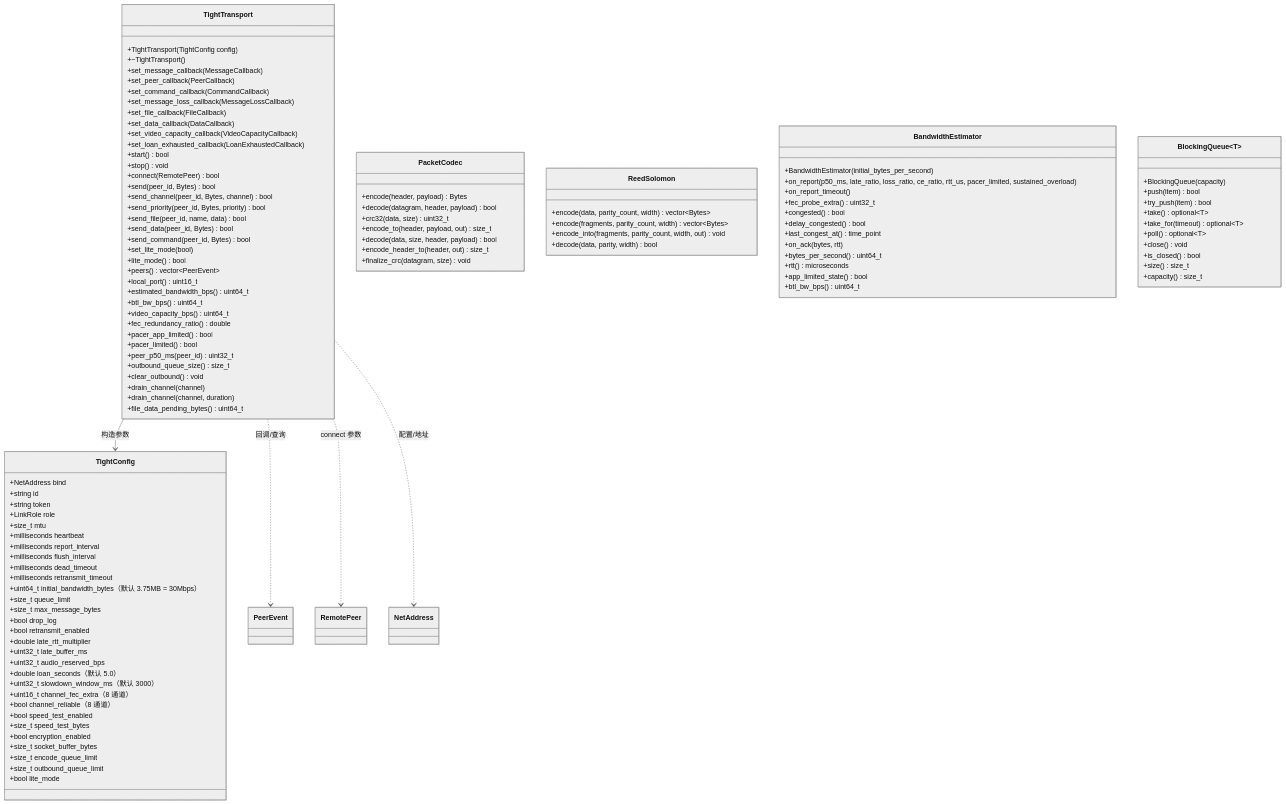
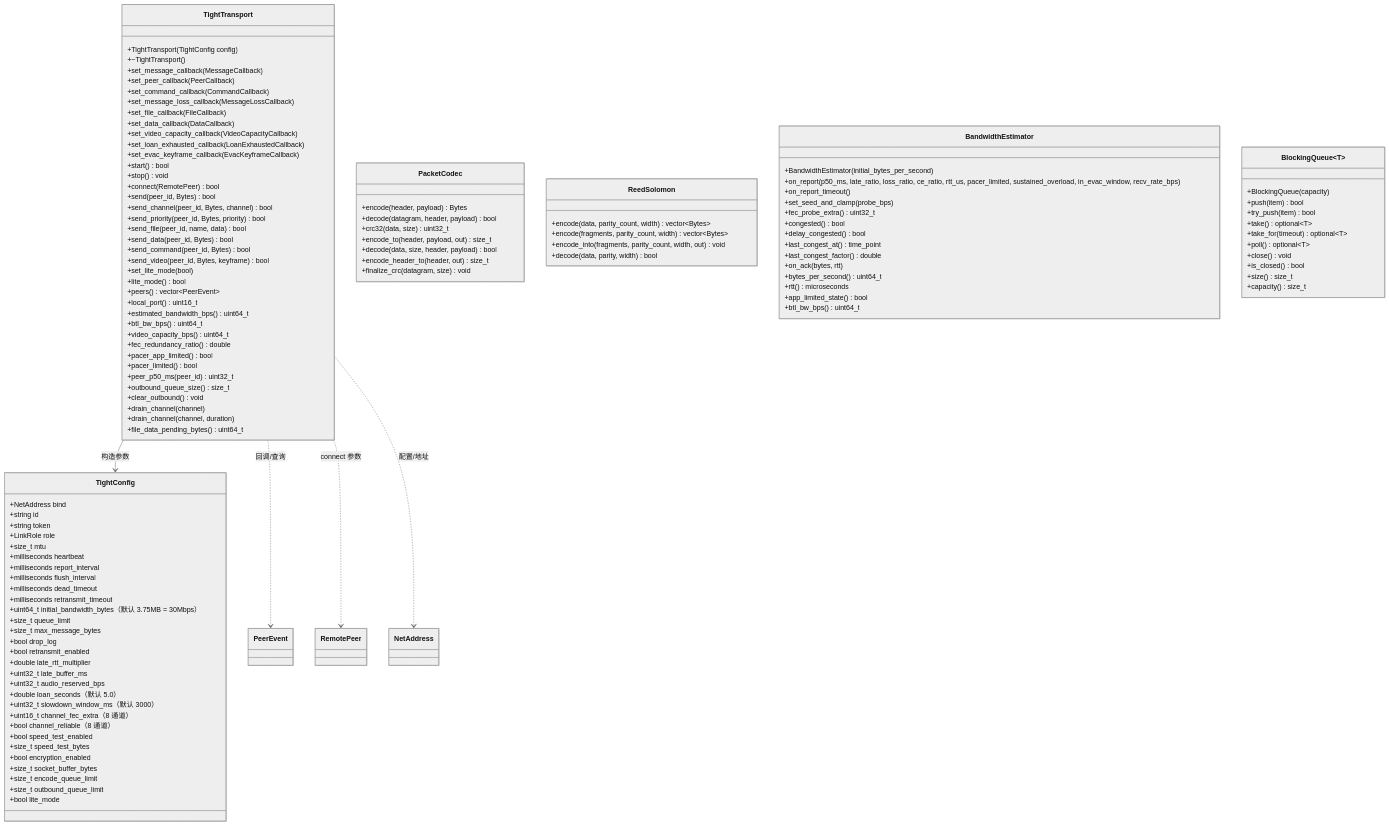
One commit to arrayforward/tight changed the first of 2 diagrams in docs/api_reference.md. Above: the diagram before and after it, drawn with Mermaid (neutral theme). The commit also changed other lines of this file and 12 other files, not shown here.

```diff
--- a/docs/api_reference.md
+++ b/docs/api_reference.md
@@ -37,6 +37,7 @@
         +set_data_callback(DataCallback)
         +set_video_capacity_callback(VideoCapacityCallback)
         +set_loan_exhausted_callback(LoanExhaustedCallback)
+        +set_evac_keyframe_callback(EvacKeyframeCallback)
         +start() bool
         +stop() void
         +connect(RemotePeer) bool
@@ -46,6 +47,7 @@
         +send_file(peer_id, name, data) bool
         +send_data(peer_id, Bytes) bool
         +send_command(peer_id, Bytes) bool
+        +send_video(peer_id, Bytes, keyframe) bool
         +set_lite_mode(bool)
         +lite_mode() bool
         +peers() vector~PeerEvent~
@@ -111,12 +113,14 @@
     }
     class BandwidthEstimator {
         +BandwidthEstimator(initial_bytes_per_second)
-        +on_report(p50_ms, late_ratio, loss_ratio, ce_ratio, rtt_us, pacer_limited, sustained_overload)
+        +on_report(p50_ms, late_ratio, loss_ratio, ce_ratio, rtt_us, pacer_limited, sustained_overload, in_evac_window, recv_rate_bps)
         +on_report_timeout()
+        +set_seed_and_clamp(probe_bps)
         +fec_probe_extra() uint32_t
         +congested() bool
         +delay_congested() bool
         +last_congest_at() time_point
+        +last_congest_factor() double
         +on_ack(bytes, rtt)
         +bytes_per_second() uint64_t
         +rtt() microseconds
```
